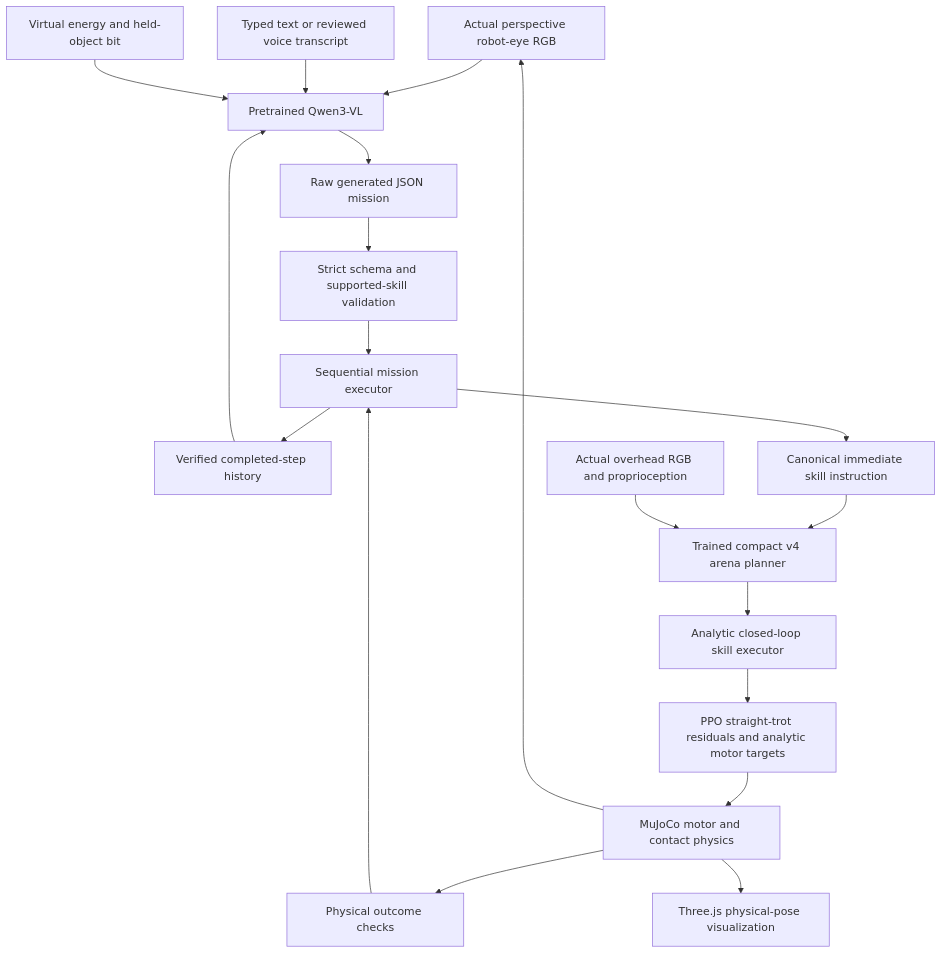
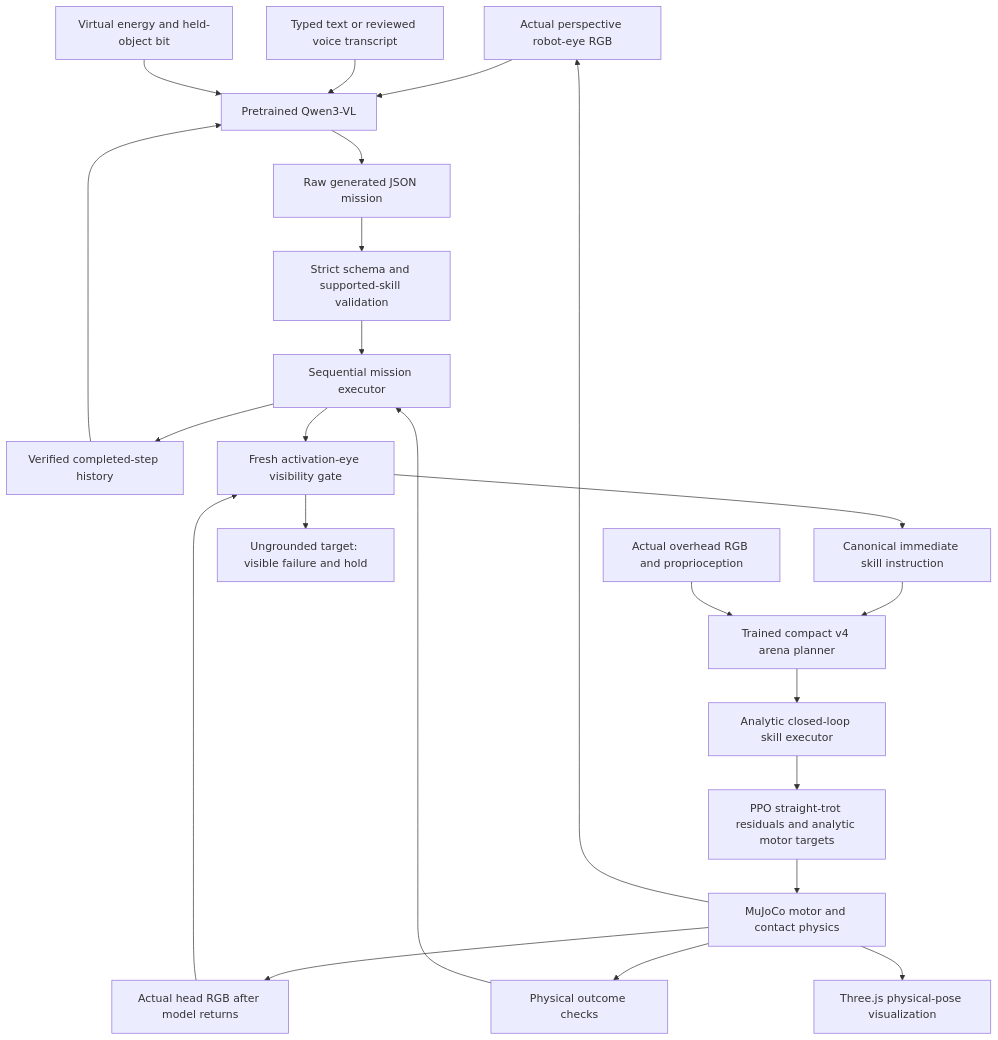
The diagram in docs/VLM_GUIDE.md (sanjuhs/robo-pup-decision-model), drawn with Mermaid before and after one commit. The commit also changed other lines of this file and 66 other files, not shown here.

Commit message:
Guard object actions with fresh learned eye visibility and bound mission execution

````diff
--- a/docs/VLM_GUIDE.md
+++ b/docs/VLM_GUIDE.md
@@ -23,21 +58,25 @@
 ```mermaid
 flowchart TD
   E[Actual perspective robot-eye RGB] --> Q[Pretrained Qwen3-VL]
   T[Typed text or reviewed voice transcript] --> Q
   N[Virtual energy and held-object bit] --> Q
   H[Verified completed-step history] --> Q
   Q --> J[Raw generated JSON mission]
   J --> V[Strict schema and supported-skill validation]
   V --> M[Sequential mission executor]
-  M --> C[Canonical immediate skill instruction]
+  M --> G[Fresh activation-eye visibility gate]
+  RG[Actual head RGB after model returns] --> G
+  G --> C[Canonical immediate skill instruction]
+  G --> FAIL[Ungrounded target: visible failure and hold]
   C --> A[Trained compact v4 arena planner]
   O[Actual overhead RGB and proprioception] --> A
   A --> X[Analytic closed-loop skill executor]
   X --> P[PPO straight-trot residuals and analytic motor targets]
   P --> F[MuJoCo motor and contact physics]
   F --> K[Physical outcome checks]
   K --> M
   M --> H
   F --> E
+  F --> RG
   F --> B[Three.js physical-pose visualization]
 ```
````
